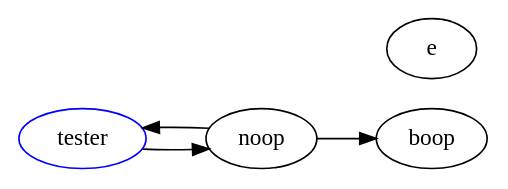
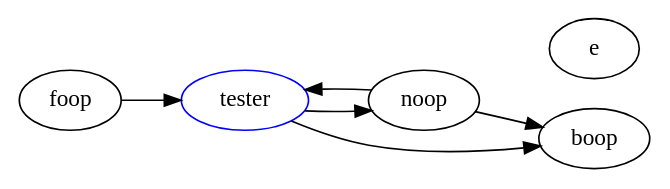
One commit to sielay/doc2dot changed the diagram in README.md. Above: the diagram before and after it, drawn with Graphviz. The commit also changed other lines of this file and 4 other files, not shown here.

````diff
--- a/README.md
+++ b/README.md
@@ -36,10 +79,13 @@
 ```dot
 digraph G {
 graph [rankdir=LR, fontsize=10, margin=0.001];
 tester -> noop
 tester [color=blue]
+tester -> boop
+foop -> tester
 noop -> tester [shape=arrow]
 noop -> boop
- { rank="max";   e; }
+{ rank="max";   e; }
 }
+
 ```
````
